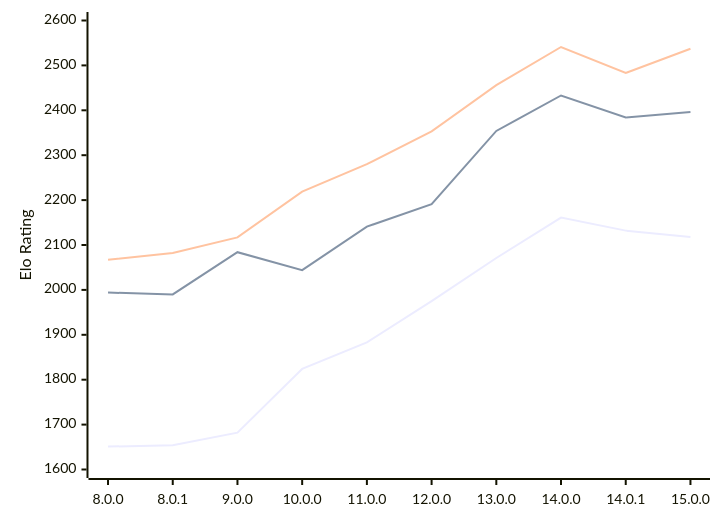
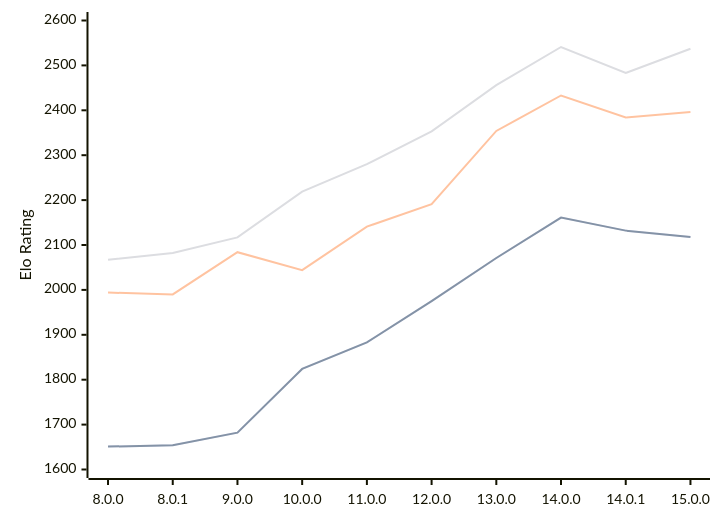
One commit to computer-chess-index/cci changed the diagram in engines/Cepimetheus.md. Above: the diagram before and after it, drawn with Mermaid. The commit also changed other lines of this file, not shown here.

````diff
--- a/engines/Cepimetheus.md
+++ b/engines/Cepimetheus.md
@@ -66,9 +66,10 @@
 ```mermaid
 %%{init: {"theme":"base","themeVariables":{"seriesColors:['#a3a3a3','#222221','#faa371']}}}%%
 xychart-beta
   x-axis ["8.0.0", "8.0.1", "9.0.0", "10.0.0", "11.0.0", "12.0.0", "13.0.0", "14.0.0", "14.0.1", "15.0.0"]
   y-axis "Elo Rating" 1600 --> 2600
+  line "" [1651, 1654, 1682, 1824, 1883, 1975, 2071, 2161, 2132, 2118]
   line "STC (8.0+0.08s)" [1651, 1654, 1682, 1824, 1883, 1975, 2071, 2161, 2132, 2118]
   line "LTC (60.0+0.60s)" [1994, 1990, 2084, 2044, 2141, 2191, 2354, 2433, 2384, 2396]
   line "VLTC (2m24s+1.12s)" [2067, 2082, 2117, 2219, 2280, 2353, 2456, 2541, 2483, 2537]
 ```
````
